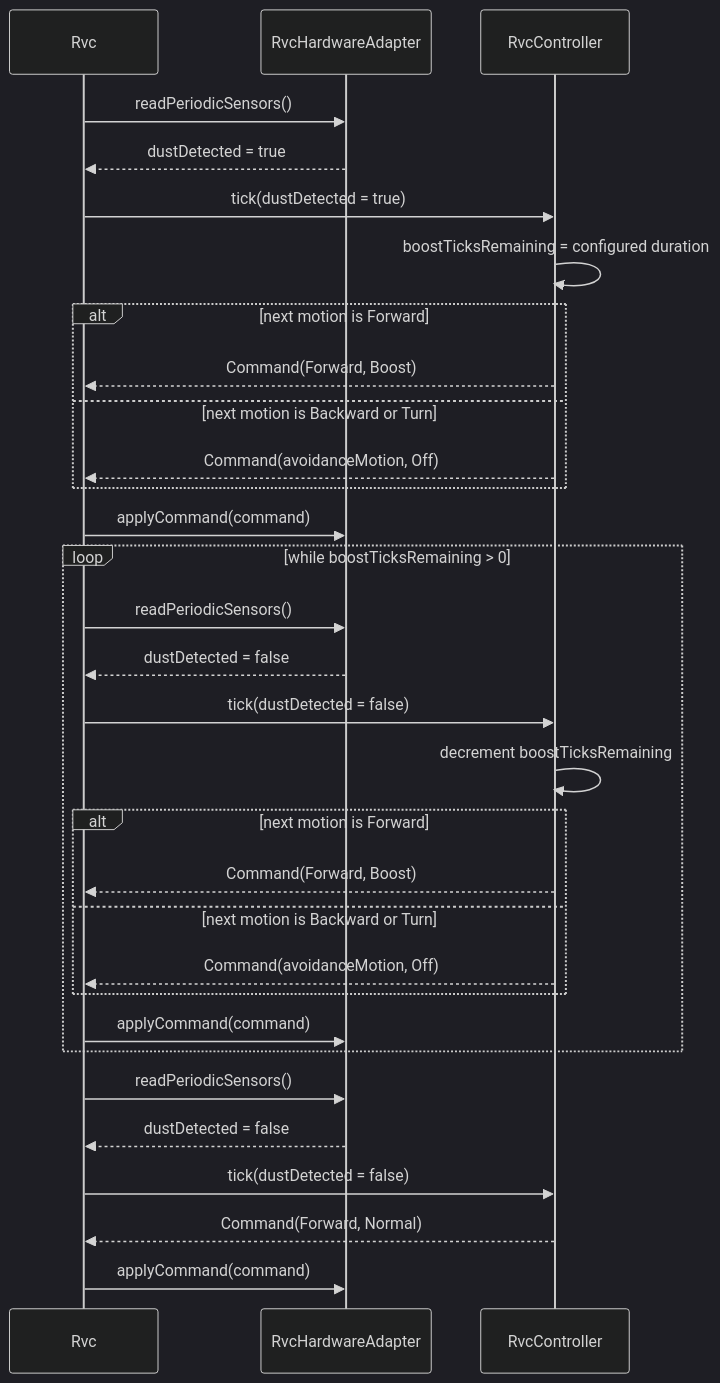
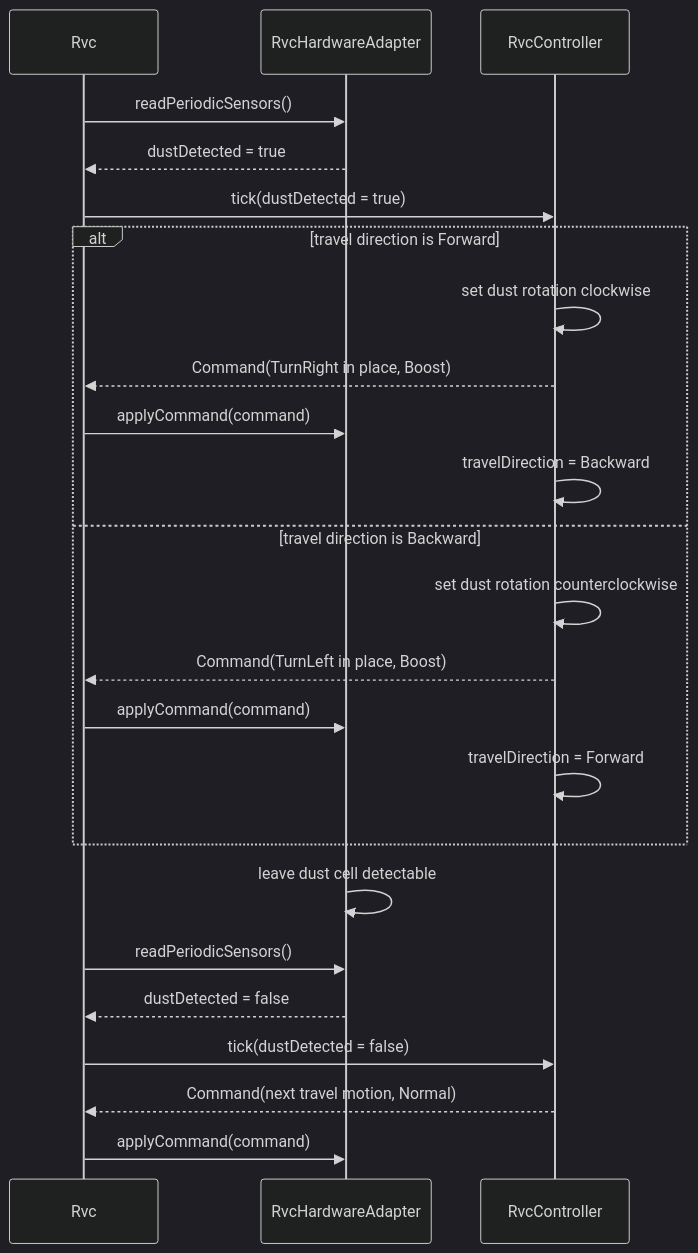
One commit to reload02/ooad-vibe changed the sixth of 7 diagrams in docs/ood_sequence_diagrams.md. Above: the diagram before and after it, drawn with Mermaid (dark theme). The commit also changed other lines of this file and 9 other files, not shown here.

````diff
--- a/docs/ood_sequence_diagrams.md
+++ b/docs/ood_sequence_diagrams.md
@@ -149,34 +155,27 @@
 ```mermaid
 sequenceDiagram
     participant Rvc
     participant Adapter as RvcHardwareAdapter
     participant Controller as RvcController
 
     Rvc->>Adapter: readPeriodicSensors()
     Adapter-->>Rvc: dustDetected = true
     Rvc->>Controller: tick(dustDetected = true)
-    Controller->>Controller: boostTicksRemaining = configured duration
-    alt next motion is Forward
-        Controller-->>Rvc: Command(Forward, Boost)
-    else next motion is Backward or Turn
-        Controller-->>Rvc: Command(avoidanceMotion, Off)
+    alt travel direction is Forward
+        Controller->>Controller: set dust rotation clockwise
+        Controller-->>Rvc: Command(TurnRight in place, Boost)
+        Rvc->>Adapter: applyCommand(command)
+        Controller->>Controller: travelDirection = Backward
+    else travel direction is Backward
+        Controller->>Controller: set dust rotation counterclockwise
+        Controller-->>Rvc: Command(TurnLeft in place, Boost)
+        Rvc->>Adapter: applyCommand(command)
+        Controller->>Controller: travelDirection = Forward
     end
-    Rvc->>Adapter: applyCommand(command)
-    loop while boostTicksRemaining > 0
-        Rvc->>Adapter: readPeriodicSensors()
-        Adapter-->>Rvc: dustDetected = false
-        Rvc->>Controller: tick(dustDetected = false)
-        Controller->>Controller: decrement boostTicksRemaining
-        alt next motion is Forward
-            Controller-->>Rvc: Command(Forward, Boost)
-        else next motion is Backward or Turn
-            Controller-->>Rvc: Command(avoidanceMotion, Off)
-        end
-        Rvc->>Adapter: applyCommand(command)
-    end
+    Adapter->>Adapter: leave dust cell detectable
     Rvc->>Adapter: readPeriodicSensors()
     Adapter-->>Rvc: dustDetected = false
     Rvc->>Controller: tick(dustDetected = false)
-    Controller-->>Rvc: Command(Forward, Normal)
+    Controller-->>Rvc: Command(next travel motion, Normal)
     Rvc->>Adapter: applyCommand(command)
 ```
````
